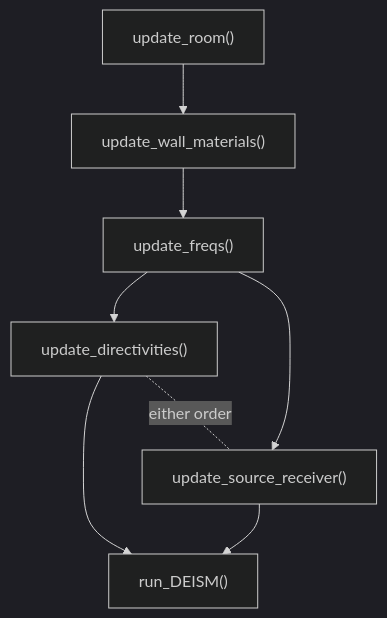
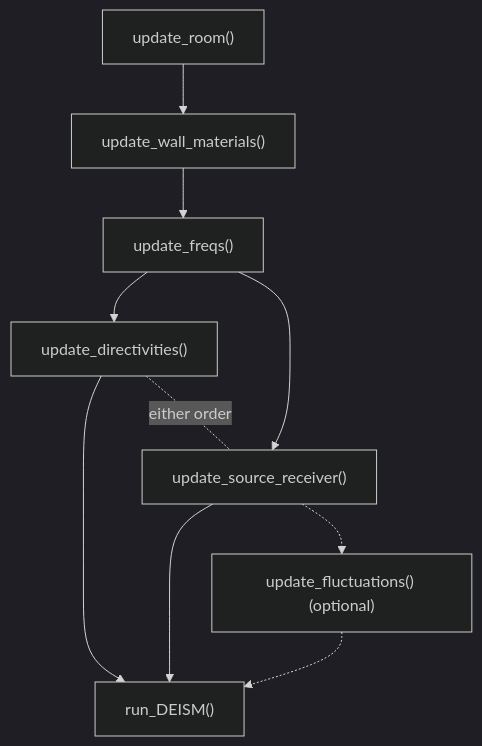
The first of 3 diagrams in docs/parameter_dependencies.rst (audiolabs/DEISM), drawn with Mermaid (dark theme) before and after one commit. The commit also changed other lines of this file and 16 other files, not shown here.

```diff
--- a/docs/parameter_dependencies.rst
+++ b/docs/parameter_dependencies.rst
@@ -87,10 +91,12 @@
 .. mermaid::
 
    flowchart TD
        A["update_room()"] --> B["update_wall_materials()"]
        B --> C["update_freqs()"]
        C --> D["update_directivities()"]
        C --> E["update_source_receiver()"]
        D --> F["run_DEISM()"]
        E --> F
+       E -.-> G["update_fluctuations() (optional)"]
+       G -.-> F
        D -. "either order" .- E
```
